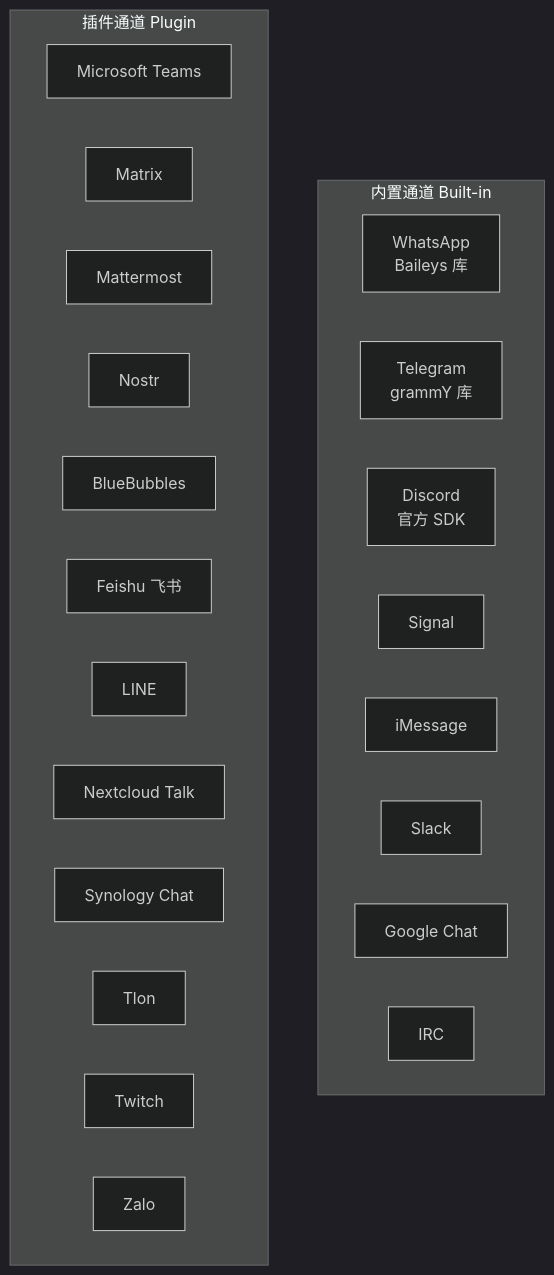
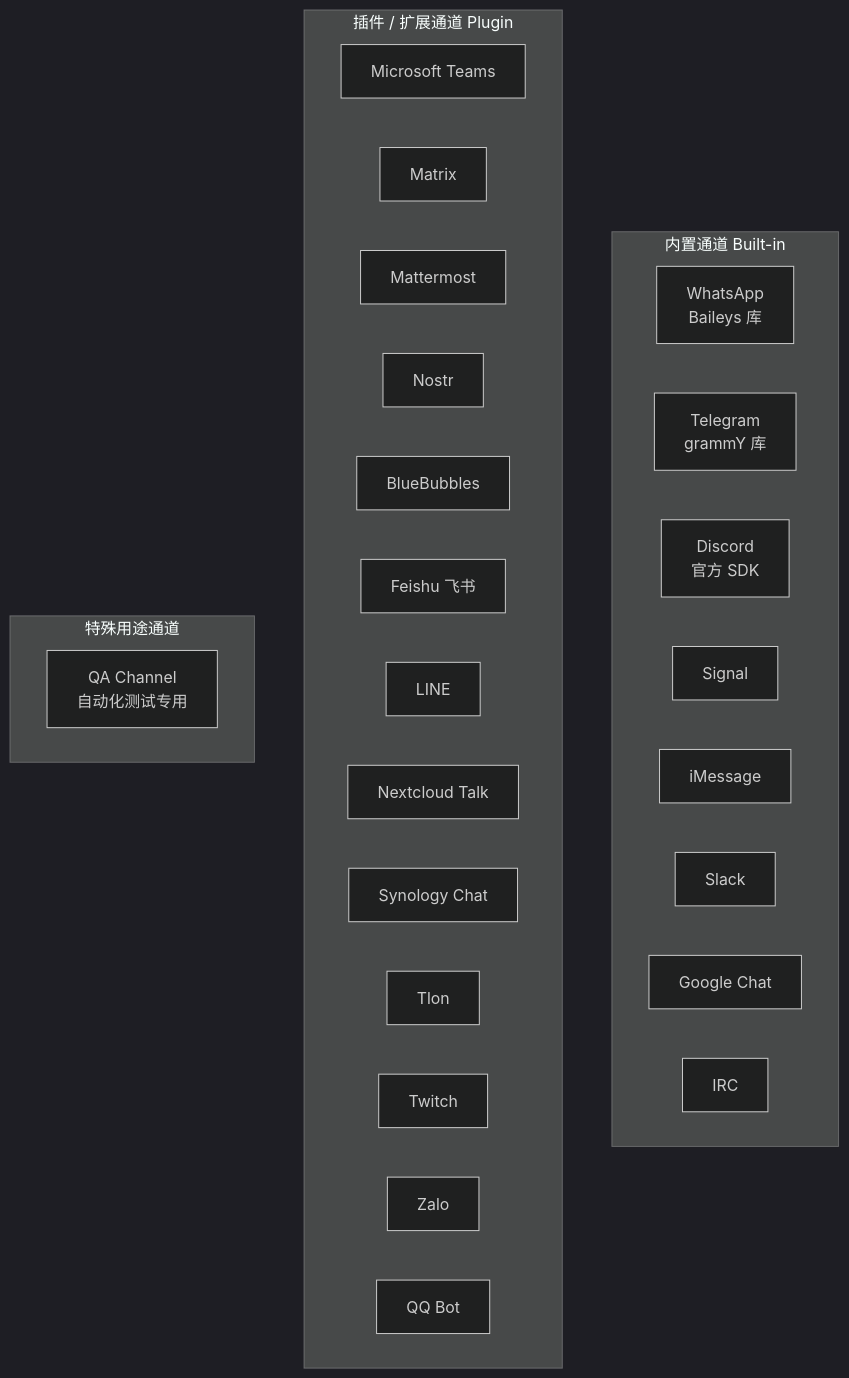
The first of 5 diagrams in learn/06-channels.md (Cleam/openclaw), drawn with Mermaid (dark theme) before and after one commit. The commit also changed other lines of this file and 6 other files, not shown here.

````diff
--- a/learn/06-channels.md
+++ b/learn/06-channels.md
@@ -11,28 +11,33 @@
 ```mermaid
 flowchart TB
     subgraph 内置通道 Built-in
         WA[WhatsApp<br/>Baileys 库]
         TG[Telegram<br/>grammY 库]
         DC[Discord<br/>官方 SDK]
         SG[Signal]
         IM[iMessage]
         SL[Slack]
         GC[Google Chat]
         IR[IRC]
     end
 
-    subgraph 插件通道 Plugin
+    subgraph 插件 / 扩展通道 Plugin
         MT[Microsoft Teams]
         MX[Matrix]
         MM[Mattermost]
         NO[Nostr]
         BB[BlueBubbles]
         FE[Feishu 飞书]
         LN[LINE]
         NC[Nextcloud Talk]
         SC[Synology Chat]
         TL[Tlon]
         TW[Twitch]
         ZA[Zalo]
+        QQ[QQ Bot]
+    end
+
+    subgraph 特殊用途通道
+        QA[QA Channel<br/>自动化测试专用]
     end
 ```
````
